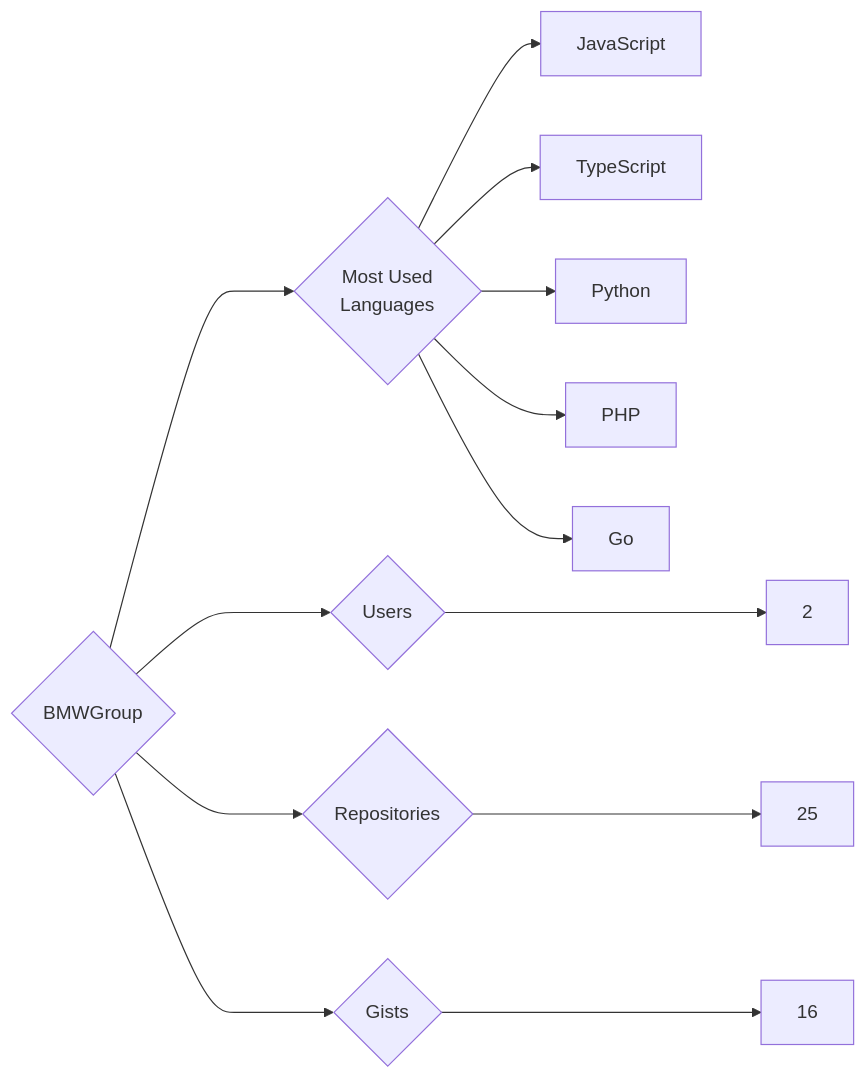
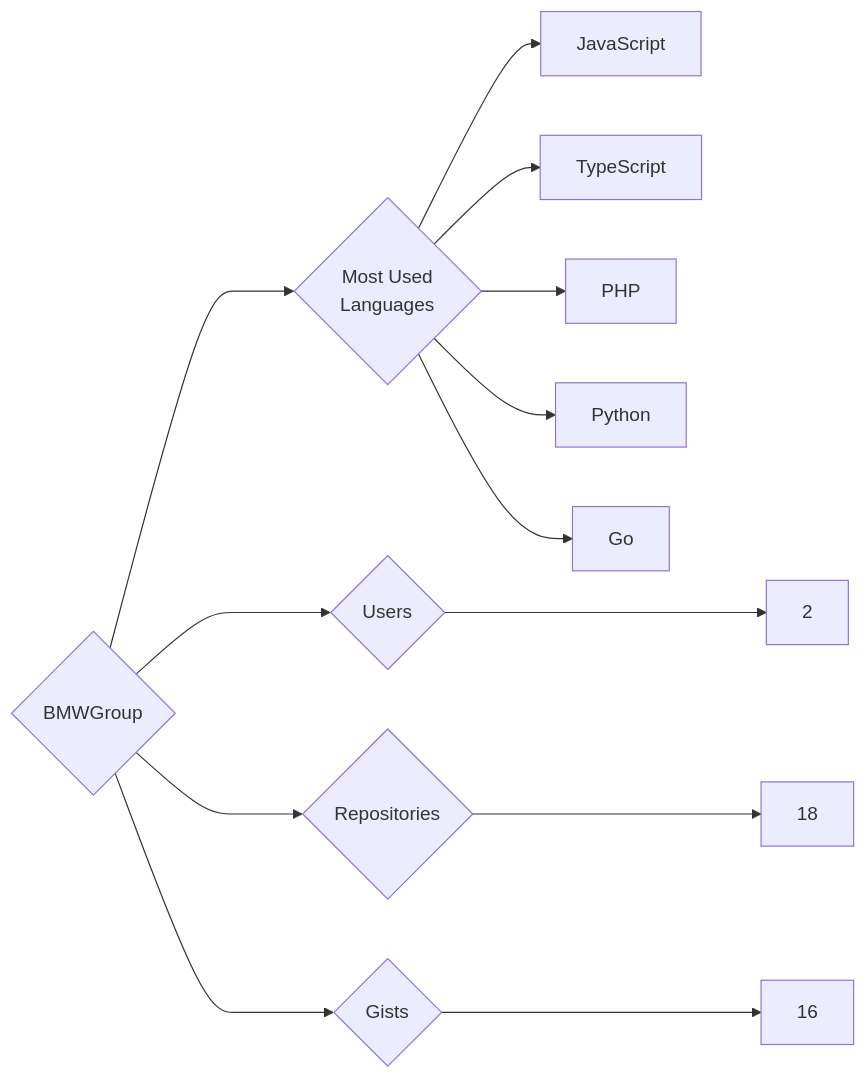
Before and after one commit to trickest/insiders: the diagram in targets/BMWGroup/README.md, drawn with Mermaid. The commit also changed 865 other files, not shown here.

````diff
--- a/targets/BMWGroup/README.md
+++ b/targets/BMWGroup/README.md
@@ -3,13 +3,13 @@
 ```mermaid
 graph LR
 COMPANY_NAME{BMWGroup}
 COMPANY_NAME ---> U{Users} ---> UN[2]
-COMPANY_NAME ---> R{Repositories} ---> RN[25]
+COMPANY_NAME ---> R{Repositories} ---> RN[18]
 COMPANY_NAME ---> G{Gists} ---> GN[16]
 COMPANY_NAME ---> ML{Most Used<br>Languages}
 ML --> JavaScript[JavaScript]
 ML --> TypeScript[TypeScript]
+ML --> PHP[PHP]
 ML --> Python[Python]
-ML --> PHP[PHP]
 ML --> Go[Go]
 ```
````
